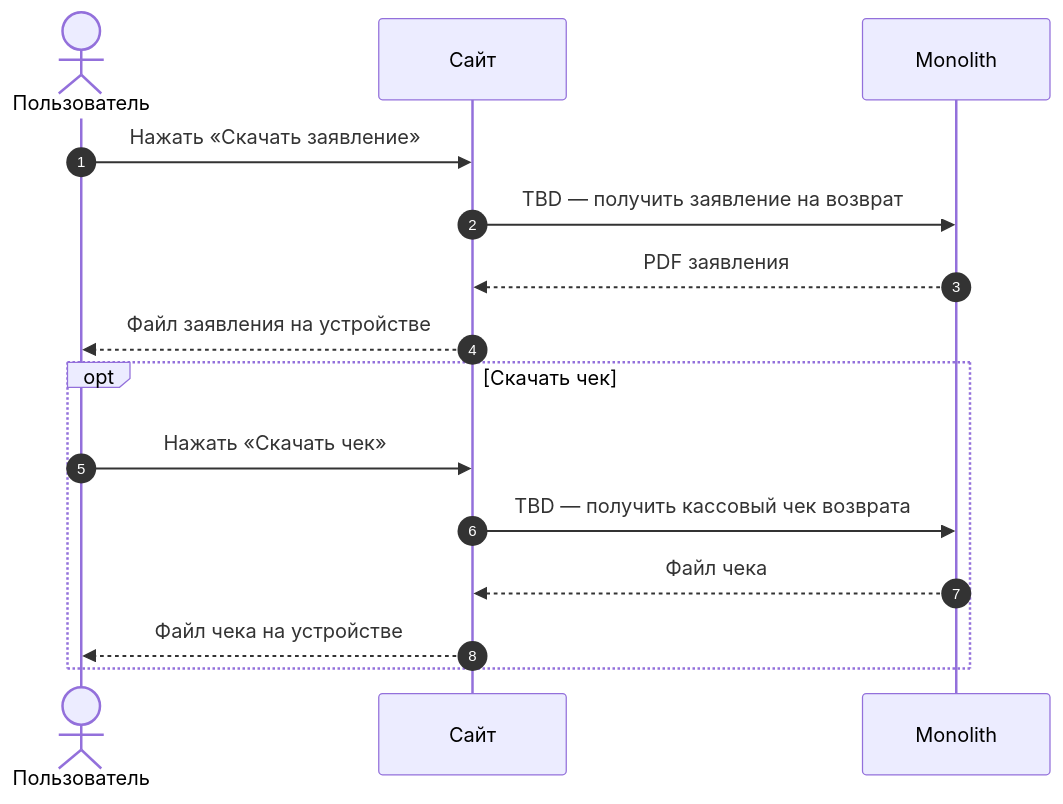
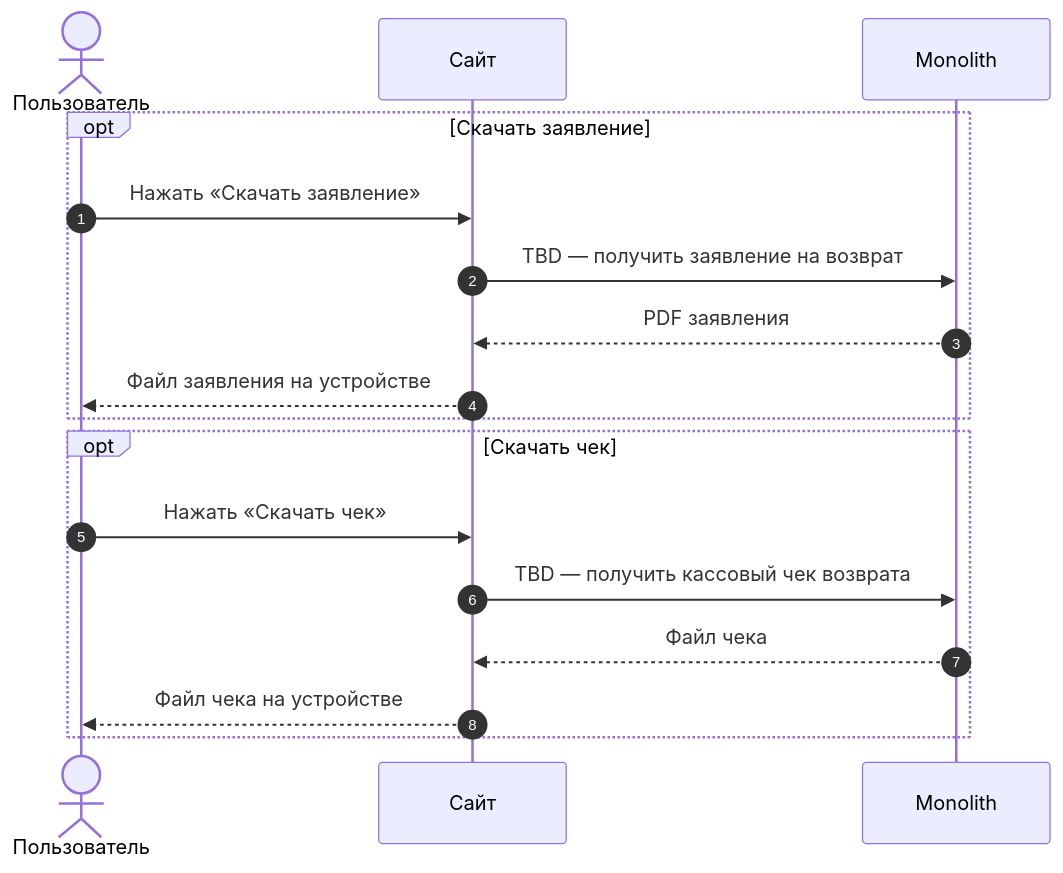
One commit to Terinss155/opencode-agents-analysis changed diagram 23 of 24 in projects/returns-2.0/requirements/srs/srs-web-mvp.md. Above: the diagram before and after it, drawn with Mermaid. The commit also changed other lines of this file and 4 other files, not shown here.

````diff
--- a/projects/returns-2.0/requirements/srs/srs-web-mvp.md
+++ b/projects/returns-2.0/requirements/srs/srs-web-mvp.md
@@ -1450,19 +1434,21 @@
 ```mermaid
 sequenceDiagram
     autonumber
     actor U as Пользователь
     participant WEB as Сайт
     participant MON as Monolith
 
-    U->>WEB: Нажать «Скачать заявление»
-    WEB->>MON: TBD — получить заявление на возврат
-    MON-->>WEB: PDF заявления
-    WEB-->>U: Файл заявления на устройстве
+    opt Скачать заявление
+        U->>WEB: Нажать «Скачать заявление»
+        WEB->>MON: TBD — получить заявление на возврат
+        MON-->>WEB: PDF заявления
+        WEB-->>U: Файл заявления на устройстве
+    end
 
     opt Скачать чек
         U->>WEB: Нажать «Скачать чек»
         WEB->>MON: TBD — получить кассовый чек возврата
         MON-->>WEB: Файл чека
         WEB-->>U: Файл чека на устройстве
     end
 ```
````
